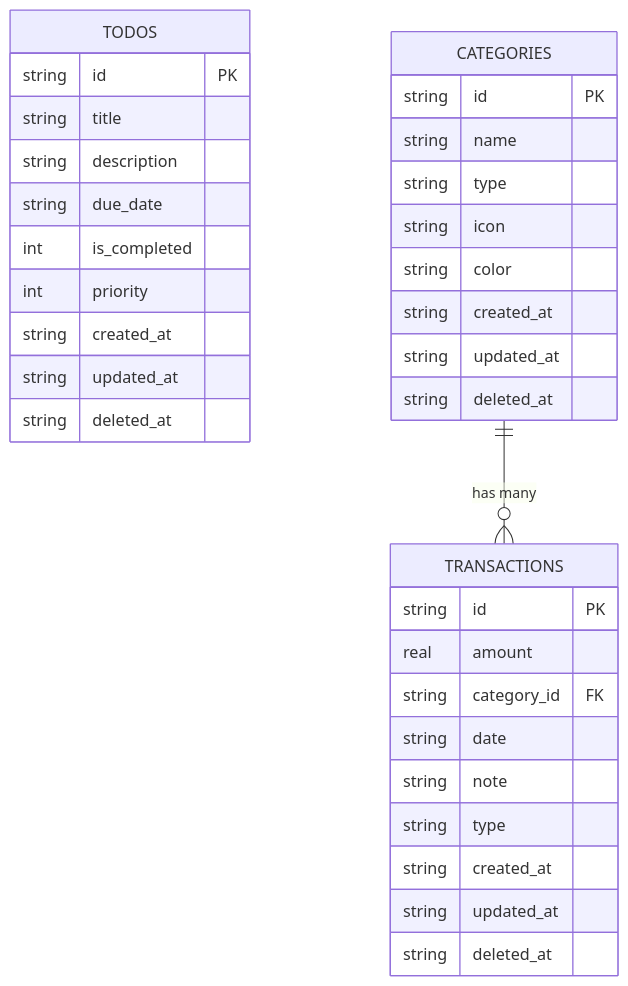
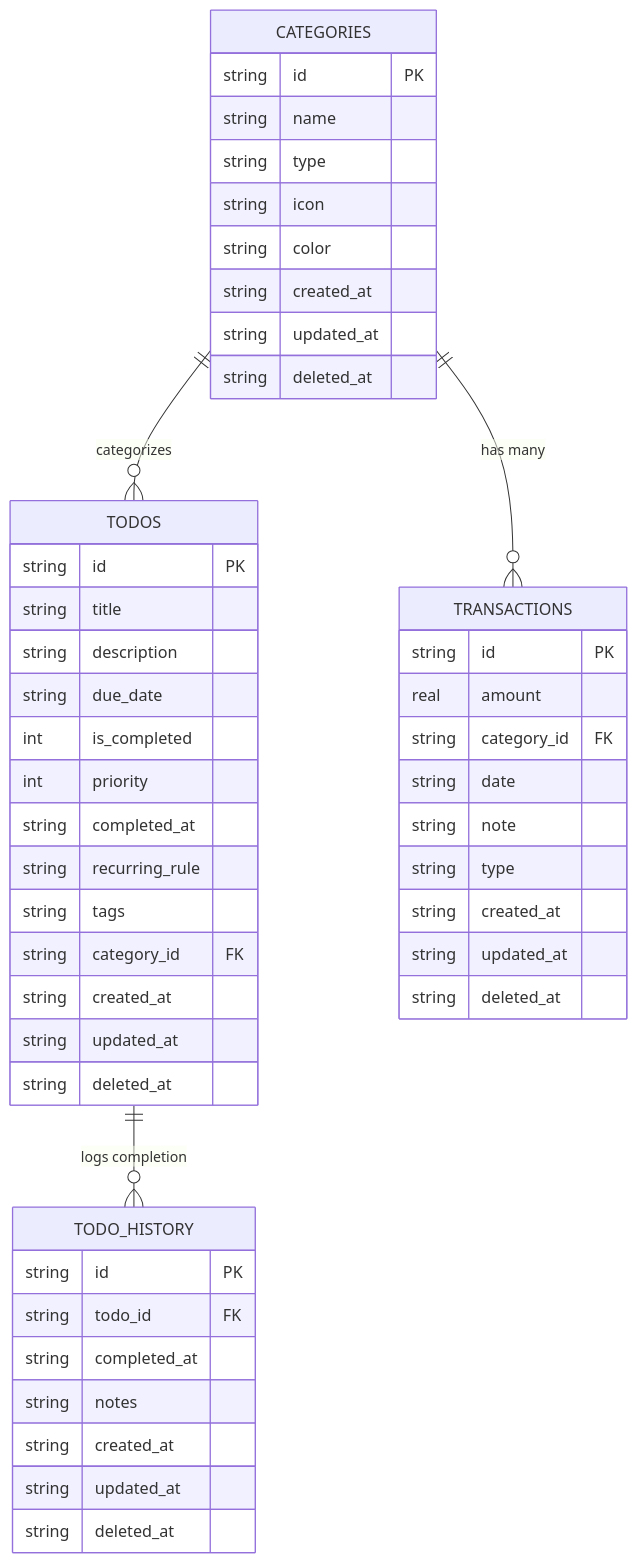
The diagram in docs/Database_Schema.md (tasfique86/lifeLog), drawn with Mermaid before and after one commit. The commit also changed other lines of this file and 16 other files, not shown here.

````diff
--- a/docs/Database_Schema.md
+++ b/docs/Database_Schema.md
@@ -14,39 +14,55 @@
 ```mermaid
 erDiagram
     TODOS {
         string id PK
         string title
         string description
         string due_date
         int is_completed
         int priority
+        string completed_at
+        string recurring_rule
+        string tags
+        string category_id FK
+        string created_at
+        string updated_at
+        string deleted_at
+    }
+
+    TODO_HISTORY {
+        string id PK
+        string todo_id FK
+        string completed_at
+        string notes
         string created_at
         string updated_at
         string deleted_at
     }
 
     CATEGORIES {
         string id PK
         string name
         string type
         string icon
         string color
         string created_at
         string updated_at
         string deleted_at
     }
 
     TRANSACTIONS {
         string id PK
         real amount
         string category_id FK
         string date
         string note
         string type
         string created_at
         string updated_at
         string deleted_at
     }
 
     CATEGORIES ||--o{ TRANSACTIONS : "has many"
+    CATEGORIES ||--o{ TODOS : "categorizes"
+    TODOS ||--o{ TODO_HISTORY : "logs completion"
 ```
````
